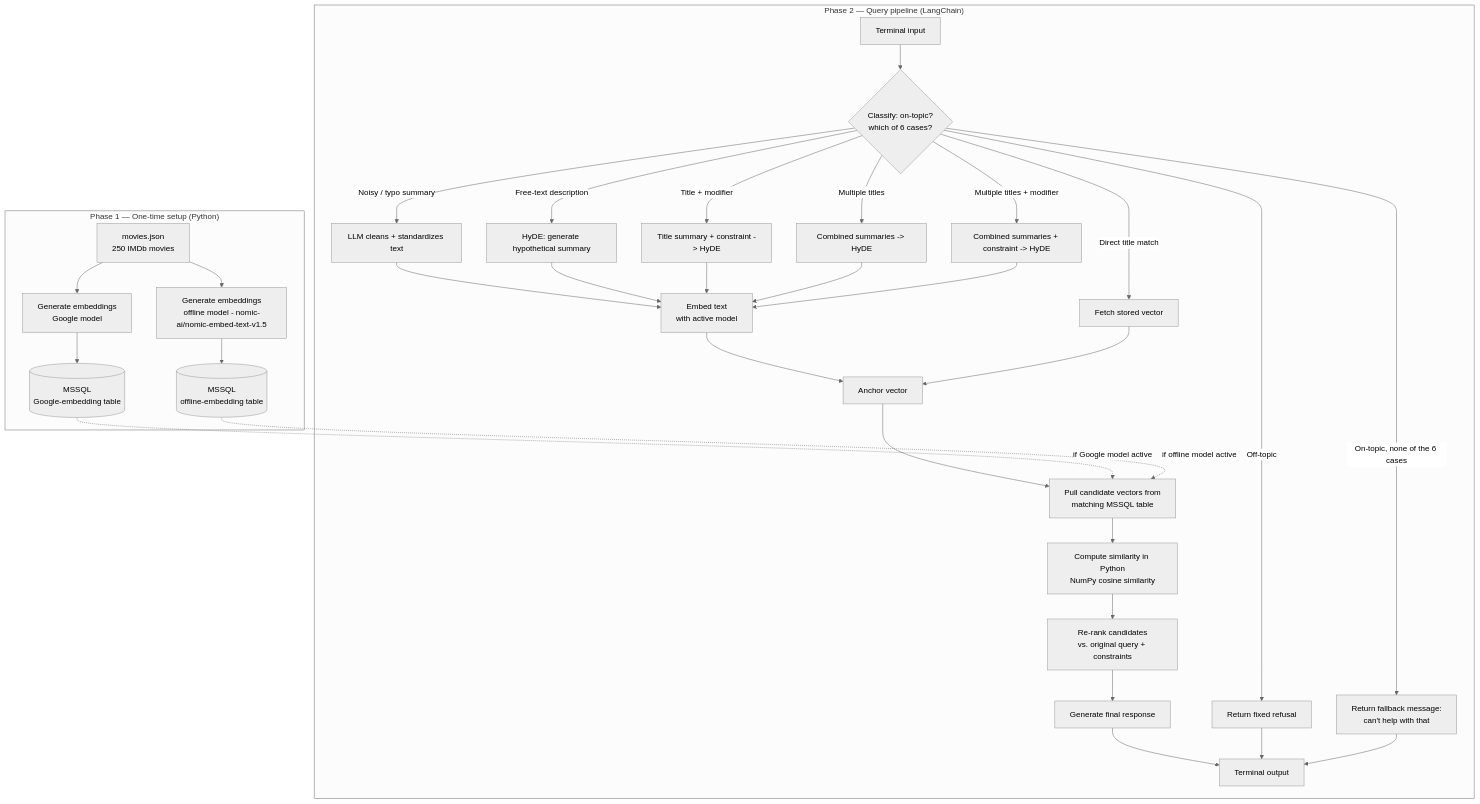
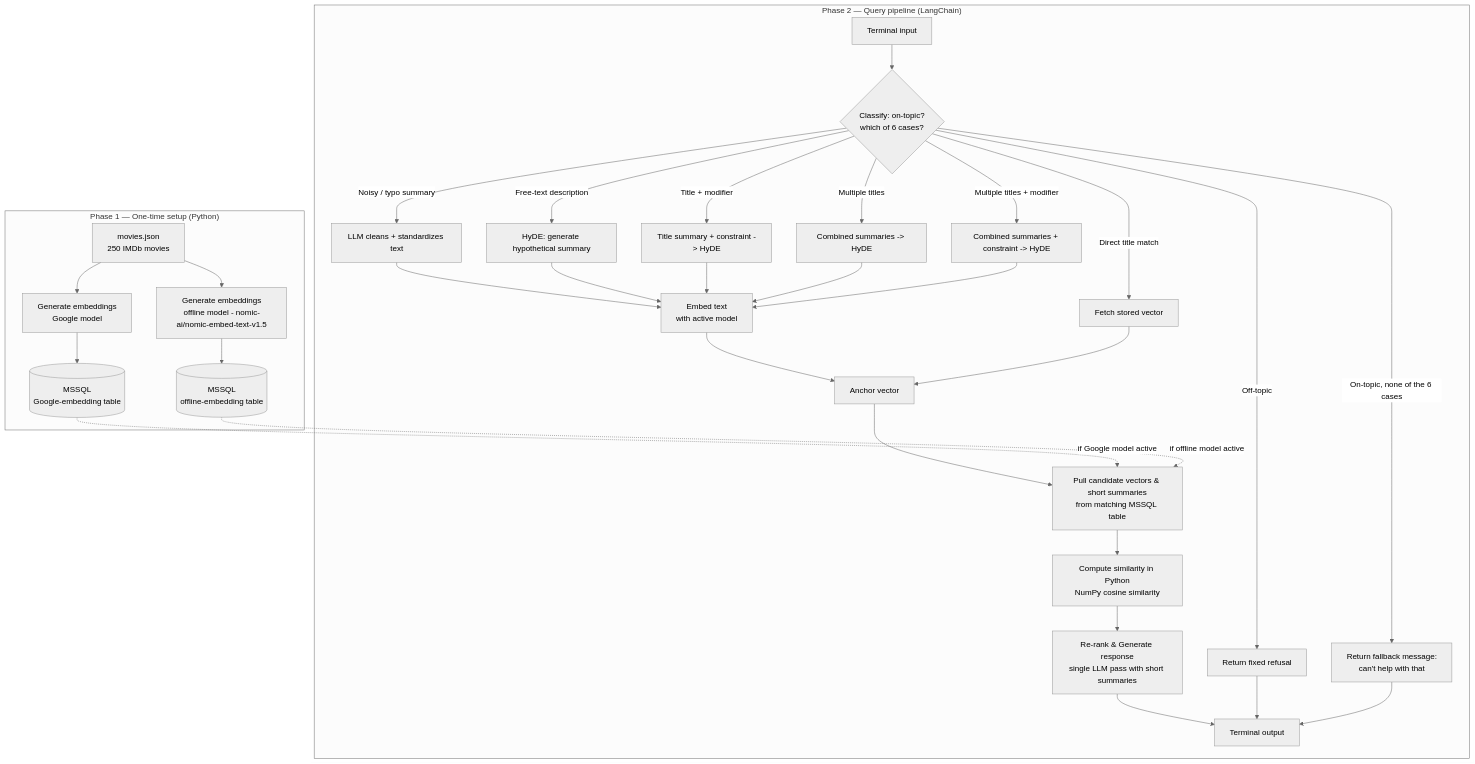
The diagram in README.md (MohamadRezaRS/askcael-demo), drawn with Mermaid (neutral theme) before and after one commit. The commit also changed other lines of this file, not shown here.

````diff
--- a/README.md
+++ b/README.md
@@ -15,40 +15,39 @@
 ```mermaid
 flowchart TD
     subgraph Setup["Phase 1 — One-time setup (Python)"]
         A[movies.json<br/>250 IMDb movies] --> B1[Generate embeddings<br/>Google model]
         A --> B2[Generate embeddings<br/>offline model - nomic-ai/nomic-embed-text-v1.5]
         B1 --> C1[(MSSQL<br/>Google-embedding table)]
         B2 --> C2[(MSSQL<br/>offline-embedding table)]
     end
 
     subgraph Runtime["Phase 2 — Query pipeline (LangChain)"]
         D[Terminal input] --> E{Classify: on-topic?<br/>which of 6 cases?}
         E -->|Off-topic| X[Return fixed refusal]
         E -->|Noisy / typo summary| F[LLM cleans + standardizes text]
         E -->|Free-text description| G[HyDE: generate hypothetical summary]
         E -->|Direct title match| H[Fetch stored vector]
         E -->|Title + modifier| I[Title summary + constraint -> HyDE]
         E -->|Multiple titles| J[Combined summaries -> HyDE]
         E -->|Multiple titles + modifier| K[Combined summaries + constraint -> HyDE]
         E -->|On-topic, none of the 6 cases| Y[Return fallback message:<br/>can't help with that]
 
         F --> L[Embed text<br/>with active model]
         G --> L
         I --> L
         J --> L
         K --> L
         L --> M[Anchor vector]
         H --> M
 
-        M --> N[Pull candidate vectors from<br/>matching MSSQL table]
+        M --> N[Pull candidate vectors & short summaries<br/>from matching MSSQL table]
         N --> N2[Compute similarity in Python<br/>NumPy cosine similarity]
-        N2 --> O[Re-rank candidates<br/>vs. original query + constraints]
-        O --> Q[Generate final response]
-        Q --> R[Terminal output]
+        N2 --> P[Re-rank & Generate response<br/>single LLM pass with short summaries]
+        P --> R[Terminal output]
         X --> R
         Y --> R
     end
 
     C1 -.if Google model active.-> N
     C2 -.if offline model active.-> N
 ```
````
